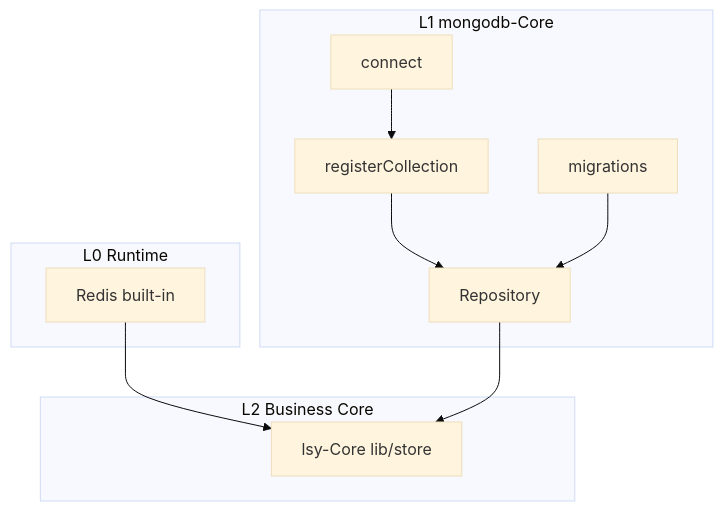
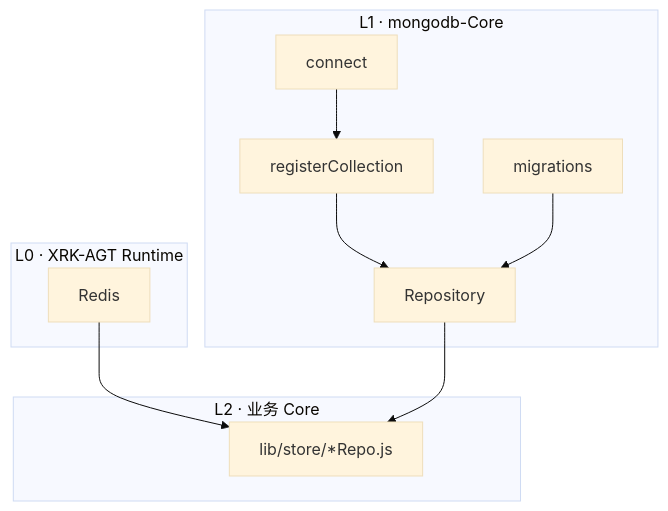
The diagram in README.md (sunflowermm/mongodb-Core), drawn with Mermaid (base theme) before and after one commit. The commit also changed other lines of this file and 8 other files, not shown here.

````diff
--- a/README.md
+++ b/README.md
@@ -60,19 +59,19 @@
 ```mermaid
 flowchart TB
-  subgraph L0["L0 Runtime"]
-    R[Redis built-in]
+  subgraph L0["L0 · XRK-AGT Runtime"]
+    R[Redis]
   end
-  subgraph L1["L1 mongodb-Core"]
+  subgraph L1["L1 · mongodb-Core"]
     C[connect]
     REG[registerCollection]
     REP[Repository]
     MIG[migrations]
   end
-  subgraph L2["L2 Business Core"]
-    LSY[lsy-Core lib/store]
+  subgraph L2["L2 · 业务 Core"]
+    BIZ[lib/store/*Repo.js]
   end
-  R --> LSY
+  R --> BIZ
   C --> REG --> REP
   MIG --> REP
-  REP --> LSY
+  REP --> BIZ
 ```
````
